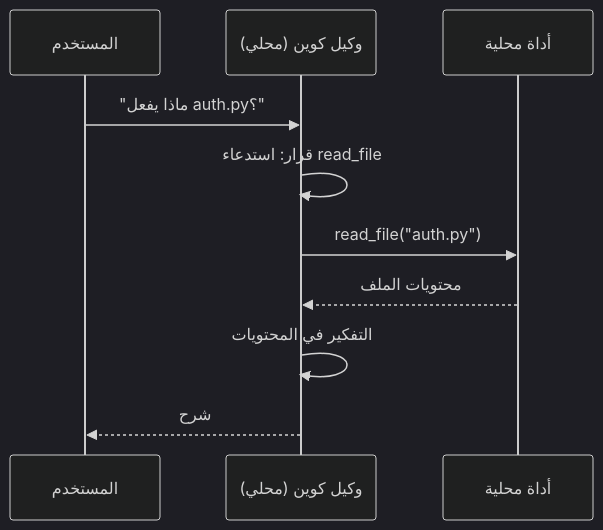
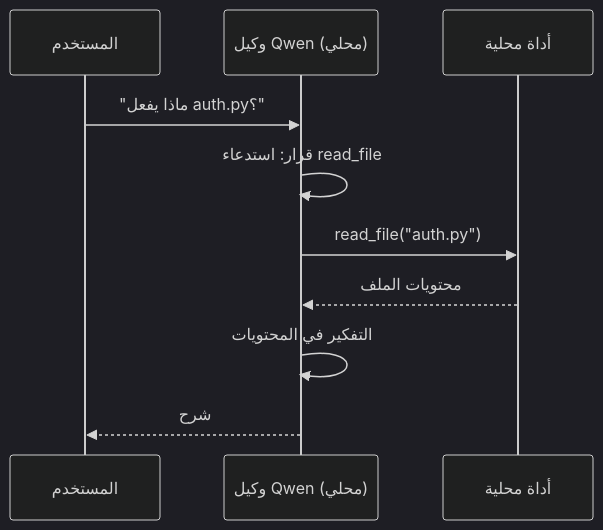
Before and after one commit to microsoft/ai-agents-for-beginners: the second of 4 diagrams in translations/ar/17-creating-local-ai-agents/README.md, drawn with Mermaid (dark theme). The commit also changed other lines of this file and 47 other files, not shown here.

````diff
--- a/translations/ar/17-creating-local-ai-agents/README.md
+++ b/translations/ar/17-creating-local-ai-agents/README.md
@@ -106,12 +106,12 @@
 ```mermaid
 sequenceDiagram
     participant U as المستخدم
-    participant A as وكيل كوين (محلي)
+    participant A as وكيل Qwen (محلي)
     participant T as أداة محلية
     U->>A: "ماذا يفعل auth.py؟"
     A->>A: قرار: استدعاء read_file
     A->>T: read_file("auth.py")
     T-->>A: محتويات الملف
     A->>A: التفكير في المحتويات
     A-->>U: شرح
 ```
````
